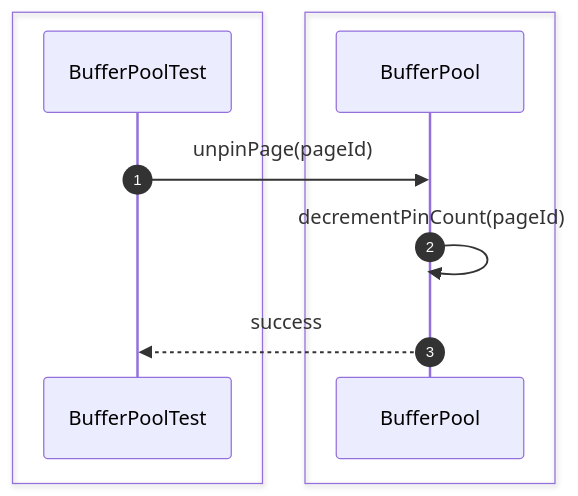
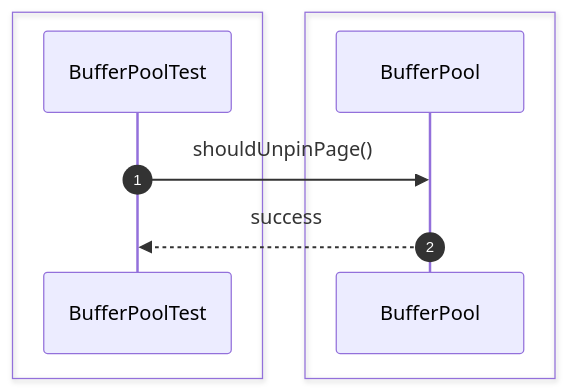
The second of 44 diagrams in src/sequence/storage-engine.md (Huy1801214/dbms-architecture), drawn with Mermaid before and after one commit. The commit also changed other lines of this file and 68 other files, not shown here.

Commit message:
implement comprehensive unit test suite and architectural sequence documentation

````diff
--- a/src/sequence/storage-engine.md
+++ b/src/sequence/storage-engine.md
@@ -23,15 +21,13 @@
 ```mermaid
 sequenceDiagram
     autonumber
-
     box #e1f5fe Test Suite
     participant Test as BufferPoolTest
     end
-    box #e0f2f1 Storage Components
-    participant Buffer as BufferPool
+    box #e0f2f1 BufferPool Component
+    participant BP as BufferPool
     end
 
-    Test->>Buffer: unpinPage(pageId)
-    Buffer->>Buffer: decrementPinCount(pageId)
-    Buffer-->>Test: success
+    Test->>BP: shouldUnpinPage()
+    BP-->>Test: success
 ```
````
